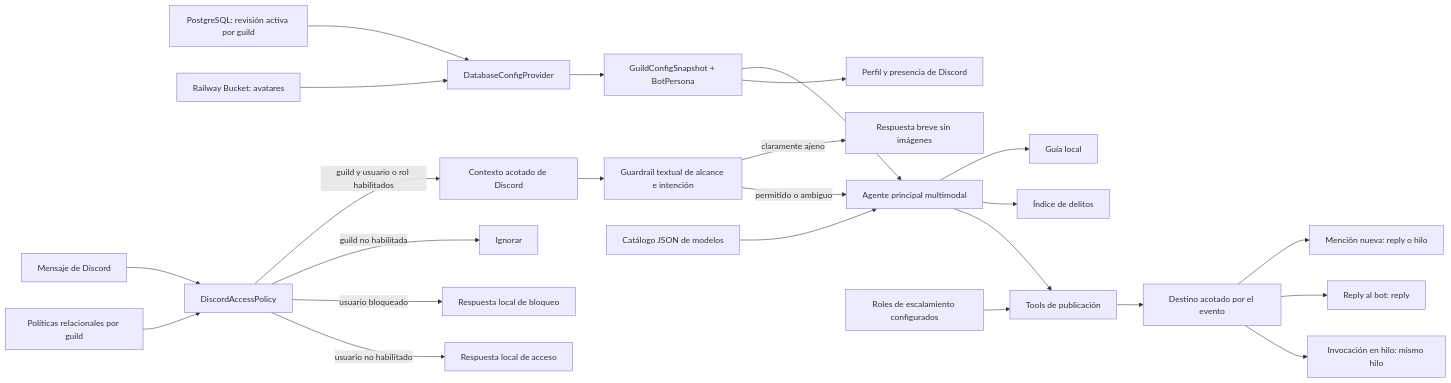
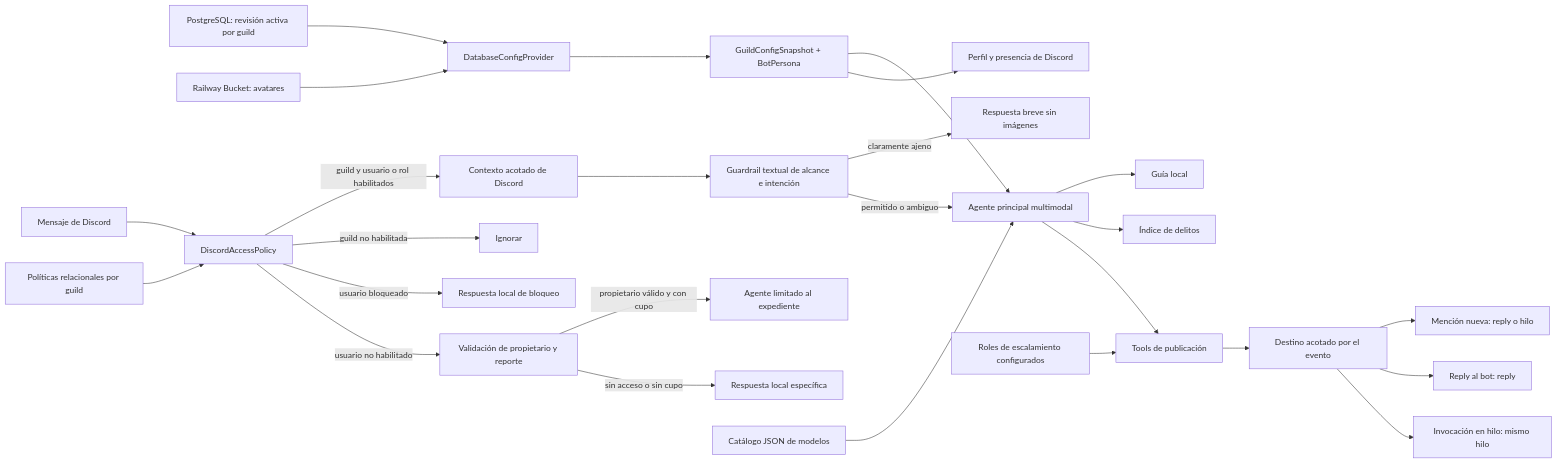
The diagram in docs/ARCHITECTURE.md (SouthViking/arrest-report-agent), drawn with Mermaid before and after one commit. The commit also changed other lines of this file and 39 other files, not shown here.

````diff
--- a/docs/ARCHITECTURE.md
+++ b/docs/ARCHITECTURE.md
@@ -5,26 +5,28 @@
 ```mermaid
 flowchart LR
     V["PostgreSQL: revisión activa por guild"] --> B["DatabaseConfigProvider"]
     K["Railway Bucket: avatares"] --> B
     B --> Q["GuildConfigSnapshot + BotPersona"]
     Q --> R
     Q --> Y["Perfil y presencia de Discord"]
     M["Mensaje de Discord"] --> T["DiscordAccessPolicy"]
     A["Políticas relacionales por guild"] --> T
     T -->|"guild y usuario o rol habilitados"| C["Contexto acotado de Discord"]
     T -->|"guild no habilitada"| I["Ignorar"]
     T -->|"usuario bloqueado"| L["Respuesta local de bloqueo"]
-    T -->|"usuario no habilitado"| U["Respuesta local de acceso"]
+    T -->|"usuario no habilitado"| U["Validación de propietario y reporte"]
+    U -->|"propietario válido y con cupo"| QO["Agente limitado al expediente"]
+    U -->|"sin acceso o sin cupo"| UA["Respuesta local específica"]
     C --> S["Guardrail textual de alcance e intención"]
     S -->|"claramente ajeno"| O["Respuesta breve sin imágenes"]
     S -->|"permitido o ambiguo"| R["Agente principal multimodal"]
     J["Catálogo JSON de modelos"] --> R
     R --> G["Guía local"]
     R --> D["Índice de delitos"]
     R --> P["Tools de publicación"]
     E["Roles de escalamiento configurados"] --> P
     P --> X["Destino acotado por el evento"]
     X --> H["Mención nueva: reply o hilo"]
     X --> N["Reply al bot: reply"]
     X --> F["Invocación en hilo: mismo hilo"]
 ```
````
